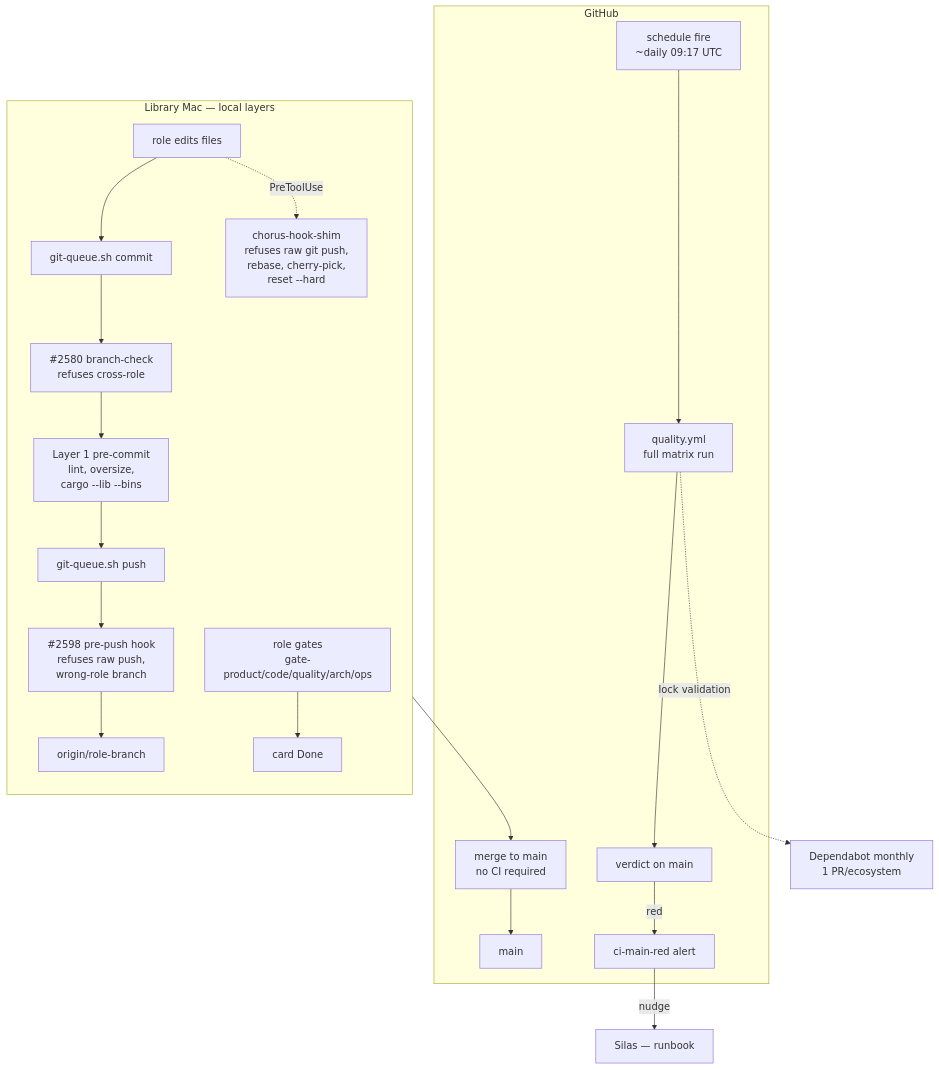
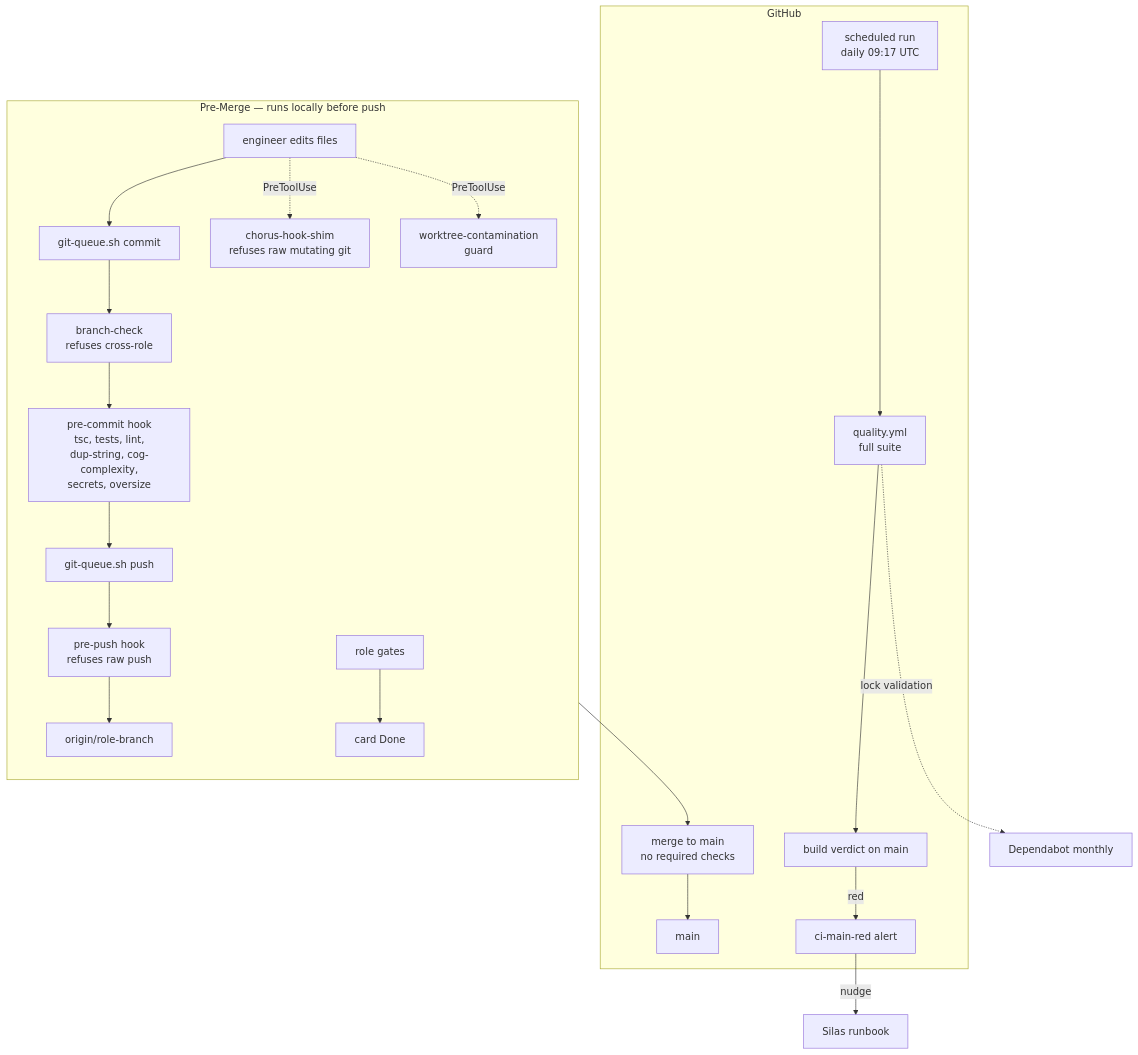
One commit to gathering-chorus/chorus changed the first of 2 diagrams in designing/docs/ci-pipeline-service-design.md. Above: the diagram before and after it, drawn with Mermaid. The commit also changed other lines of this file, not shown here.

````diff
--- a/designing/docs/ci-pipeline-service-design.md
+++ b/designing/docs/ci-pipeline-service-design.md
@@ -31,25 +109,26 @@
 ```mermaid
 flowchart TB
-  subgraph LOCAL["Library Mac — local layers"]
+  subgraph LOCAL["Pre-Merge — runs locally before push"]
     direction TB
-    EDIT[role edits files] --> COMMIT[git-queue.sh commit]
-    COMMIT --> BC[#2580 branch-check<br/>refuses cross-role]
-    BC --> PC[Layer 1 pre-commit<br/>lint, oversize,<br/>cargo --lib --bins]
+    EDIT[engineer edits files] --> COMMIT[git-queue.sh commit]
+    COMMIT --> BC[branch-check<br/>refuses cross-role]
+    BC --> PC[pre-commit hook<br/>tsc, tests, lint,<br/>dup-string, cog-complexity,<br/>secrets, oversize]
     PC --> PUSH[git-queue.sh push]
-    PUSH --> PP[#2598 pre-push hook<br/>refuses raw push,<br/>wrong-role branch]
+    PUSH --> PP[pre-push hook<br/>refuses raw push]
     PP --> ORIGIN[origin/role-branch]
-    EDIT -.PreToolUse.-> SHIM[chorus-hook-shim<br/>refuses raw git push,<br/>rebase, cherry-pick,<br/>reset --hard]
-    PR[role gates<br/>gate-product/code/quality/arch/ops] --> ACCEPT[card Done]
+    EDIT -.PreToolUse.-> SHIM[chorus-hook-shim<br/>refuses raw mutating git]
+    EDIT -.PreToolUse.-> WTG[worktree-contamination<br/>guard]
+    GATES[role gates] --> ACCEPT[card Done]
   end
 
   subgraph GH["GitHub"]
-    ORIGIN --> PRMERGE[merge to main<br/>no CI required]
+    ORIGIN --> PRMERGE[merge to main<br/>no required checks]
     PRMERGE --> MAIN[main]
-    SCHED["schedule fire<br/>~daily 09:17 UTC"] --> WORKFLOW[quality.yml<br/>full matrix run]
-    WORKFLOW --> VERDICT[verdict on main]
+    SCHED["scheduled run<br/>daily 09:17 UTC"] --> WORKFLOW[quality.yml<br/>full suite]
+    WORKFLOW --> VERDICT[build verdict on main]
     VERDICT -- red --> ALERT[ci-main-red alert]
   end
 
-  ALERT -- nudge --> SILAS[Silas — runbook]
-  WORKFLOW -. lock validation .-> LOCK[Dependabot monthly<br/>1 PR/ecosystem]
+  ALERT -- nudge --> SILAS[Silas runbook]
+  WORKFLOW -. lock validation .-> LOCK[Dependabot monthly]
 ```
````
